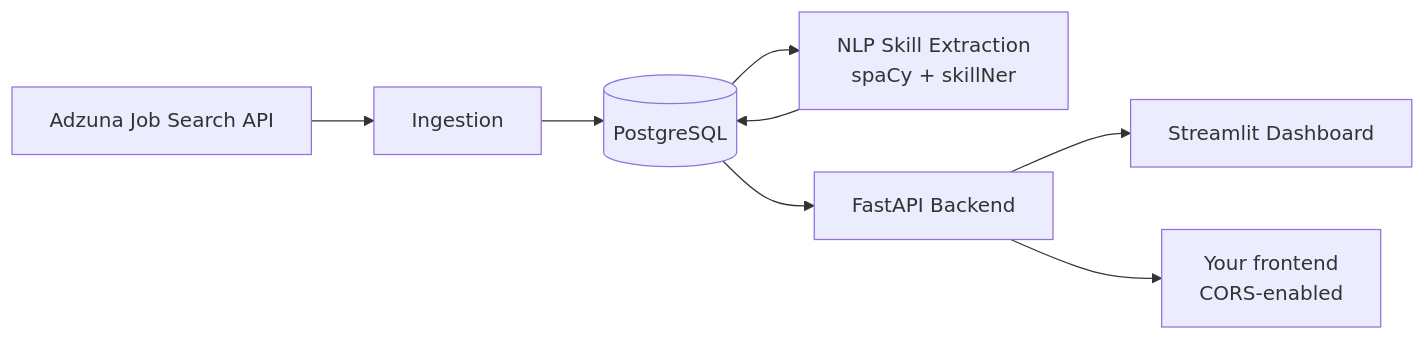
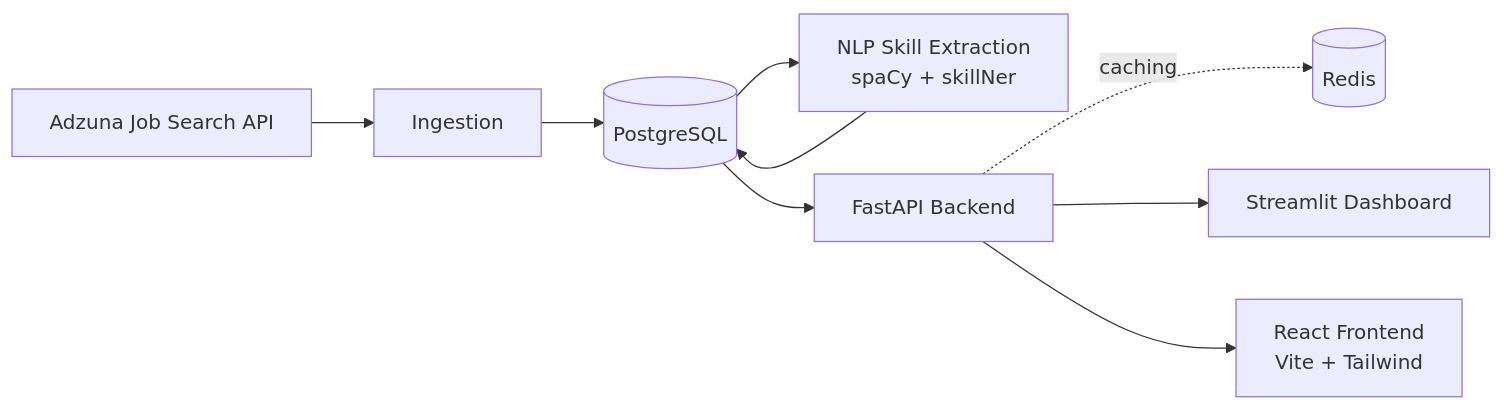
The diagram in README.md (DharmiSapariya/NextSkill), drawn with Mermaid before and after one commit. The commit also changed other lines of this file, not shown here.

````diff
--- a/README.md
+++ b/README.md
@@ -36,10 +37,11 @@
 ```mermaid
 flowchart LR
     A[Adzuna Job Search API] --> B[Ingestion]
     B --> C[(PostgreSQL)]
     C --> D[NLP Skill Extraction<br/>spaCy + skillNer]
     D --> C
     C --> E[FastAPI Backend]
+    E -.->|caching| R[(Redis)]
     E --> F[Streamlit Dashboard]
-    E --> G[Your frontend<br/>CORS-enabled]
+    E --> G[React Frontend<br/>Vite + Tailwind]
 ```
````
